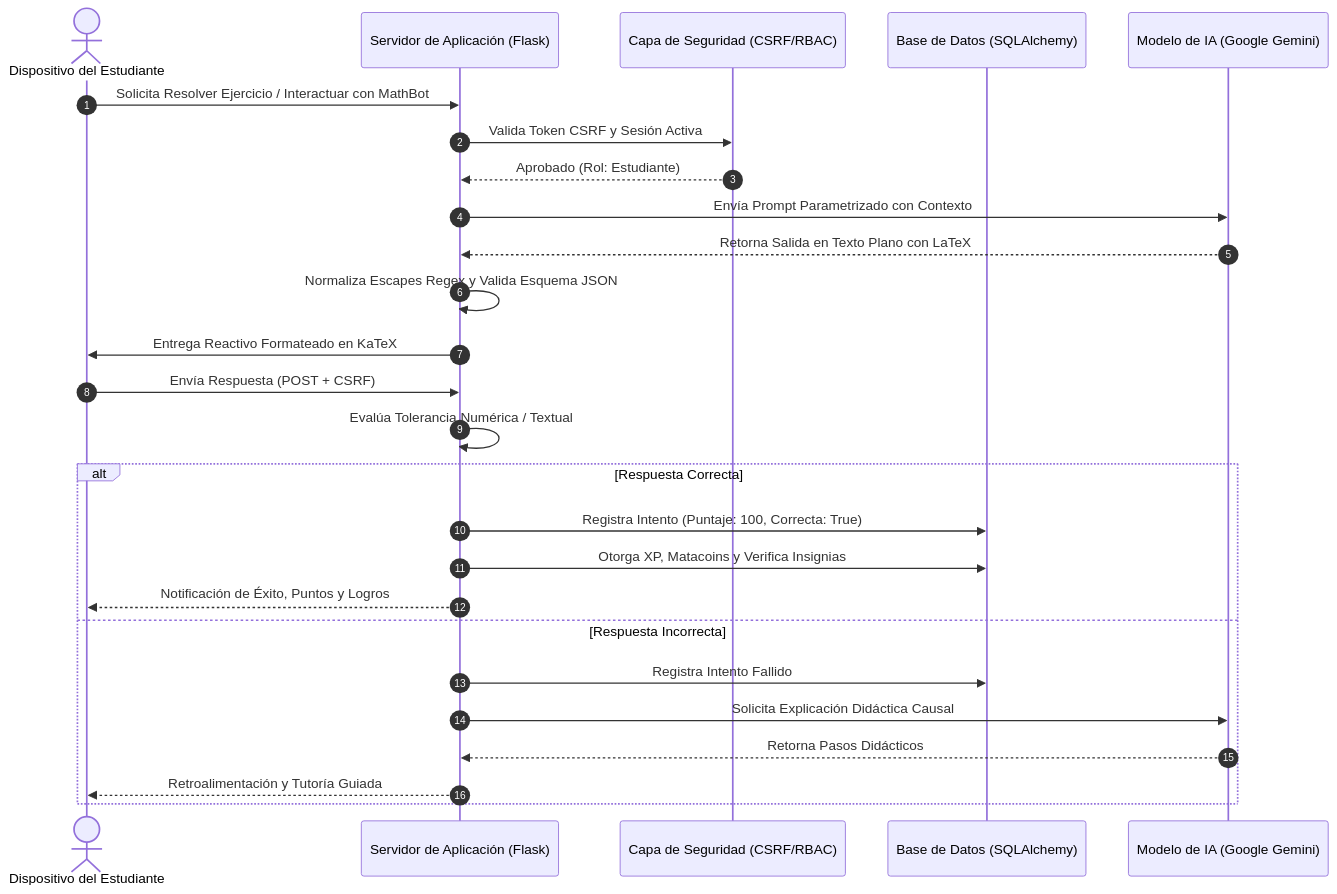
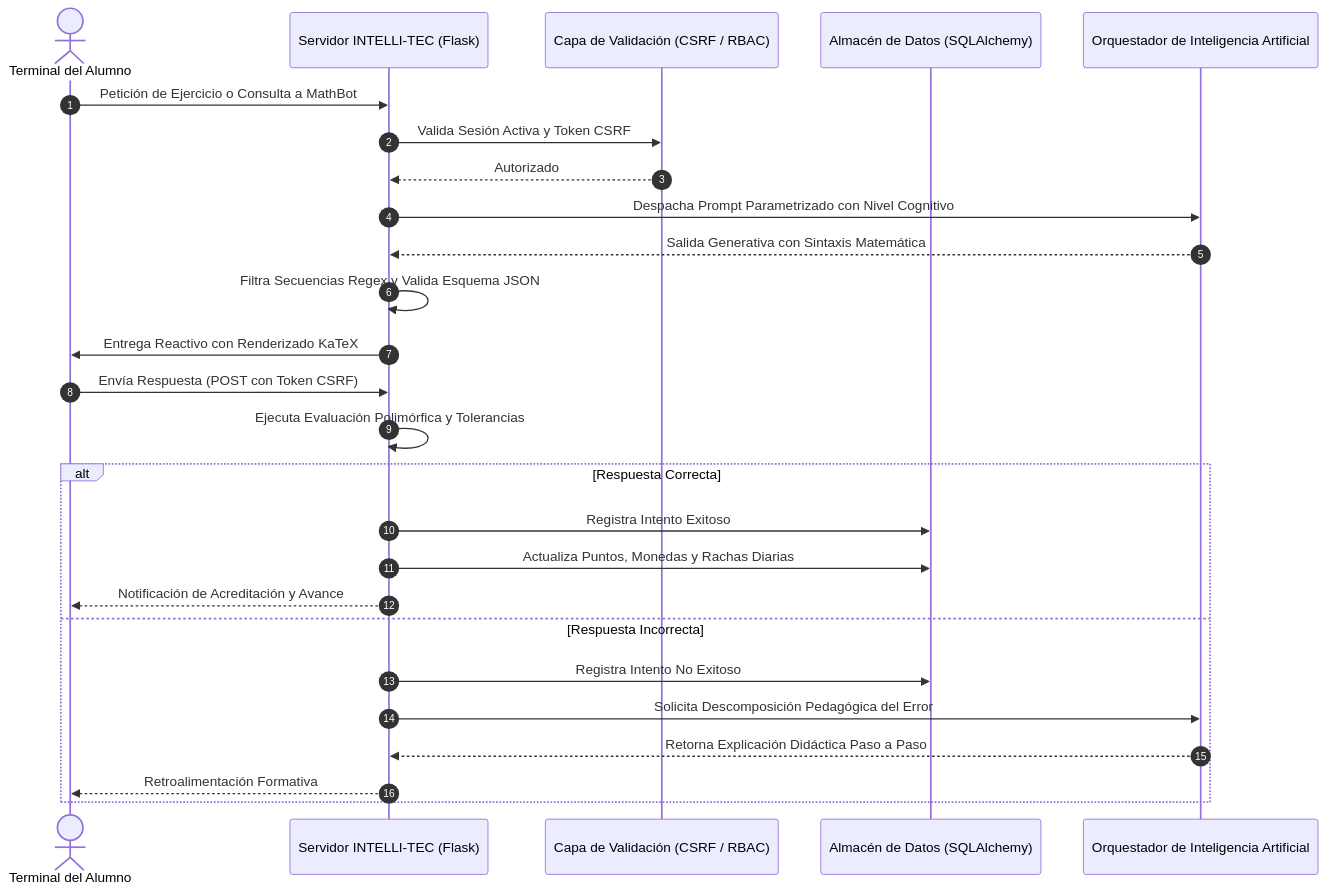
Before and after one commit to Emimonsoul-117/INTELLI-TEC: the diagram in DOCUMENTO_TECNICO_PROPIEDAD_INTELECTUAL_IMPI_INDAUTOR.md, drawn with Mermaid. The commit also changed other lines of this file and 21 other files, not shown here.

First line of the commit message:
refactor: renombrar plataforma a INTELLI-TEC, actualizar titularidad ITST y purificar documentacion

````diff
--- a/DOCUMENTO_TECNICO_PROPIEDAD_INTELECTUAL_IMPI_INDAUTOR.md
+++ b/DOCUMENTO_TECNICO_PROPIEDAD_INTELECTUAL_IMPI_INDAUTOR.md
@@ -70,29 +76,29 @@
 ```mermaid
 sequenceDiagram
     autonumber
-    actor Estudiante as Dispositivo del Estudiante
-    participant WebApp as Servidor de Aplicación (Flask)
-    participant Guard as Capa de Seguridad (CSRF/RBAC)
-    participant DB as Base de Datos (SQLAlchemy)
-    participant Gemini as Modelo de IA (Google Gemini)
+    actor Estudiante as Terminal del Alumno
+    participant Servidor as Servidor INTELLI-TEC (Flask)
+    participant Seguridad as Capa de Validación (CSRF / RBAC)
+    participant BD as Almacén de Datos (SQLAlchemy)
+    participant IA as Orquestador de Inteligencia Artificial
 
-    Estudiante->>WebApp: Solicita Resolver Ejercicio / Interactuar con MathBot
-    WebApp->>Guard: Valida Token CSRF y Sesión Activa
-    Guard-->>WebApp: Aprobado (Rol: Estudiante)
-    WebApp->>Gemini: Envía Prompt Parametrizado con Contexto
-    Gemini-->>WebApp: Retorna Salida en Texto Plano con LaTeX
-    WebApp->>WebApp: Normaliza Escapes Regex y Valida Esquema JSON
-    WebApp->>Estudiante: Entrega Reactivo Formateado en KaTeX
-    Estudiante->>WebApp: Envía Respuesta (POST + CSRF)
-    WebApp->>WebApp: Evalúa Tolerancia Numérica / Textual
+    Estudiante->>Servidor: Petición de Ejercicio o Consulta a MathBot
+    Servidor->>Seguridad: Valida Sesión Activa y Token CSRF
+    Seguridad-->>Servidor: Autorizado
+    Servidor->>IA: Despacha Prompt Parametrizado con Nivel Cognitivo
+    IA-->>Servidor: Salida Generativa con Sintaxis Matemática
+    Servidor->>Servidor: Filtra Secuencias Regex y Valida Esquema JSON
+    Servidor->>Estudiante: Entrega Reactivo con Renderizado KaTeX
+    Estudiante->>Servidor: Envía Respuesta (POST con Token CSRF)
+    Servidor->>Servidor: Ejecuta Evaluación Polimórfica y Tolerancias
     alt Respuesta Correcta
-        WebApp->>DB: Registra Intento (Puntaje: 100, Correcta: True)
-        WebApp->>DB: Otorga XP, Matacoins y Verifica Insignias
-        WebApp-->>Estudiante: Notificación de Éxito, Puntos y Logros
+        Servidor->>BD: Registra Intento Exitoso
+        Servidor->>BD: Actualiza Puntos, Monedas y Rachas Diarias
+        Servidor-->>Estudiante: Notificación de Acreditación y Avance
     else Respuesta Incorrecta
-        WebApp->>DB: Registra Intento Fallido
-        WebApp->>Gemini: Solicita Explicación Didáctica Causal
-        Gemini-->>WebApp: Retorna Pasos Didácticos
-        WebApp-->>Estudiante: Retroalimentación y Tutoría Guiada
+        Servidor->>BD: Registra Intento No Exitoso
+        Servidor->>IA: Solicita Descomposición Pedagógica del Error
+        IA-->>Servidor: Retorna Explicación Didáctica Paso a Paso
+        Servidor-->>Estudiante: Retroalimentación Formativa
     end
 ```
````
